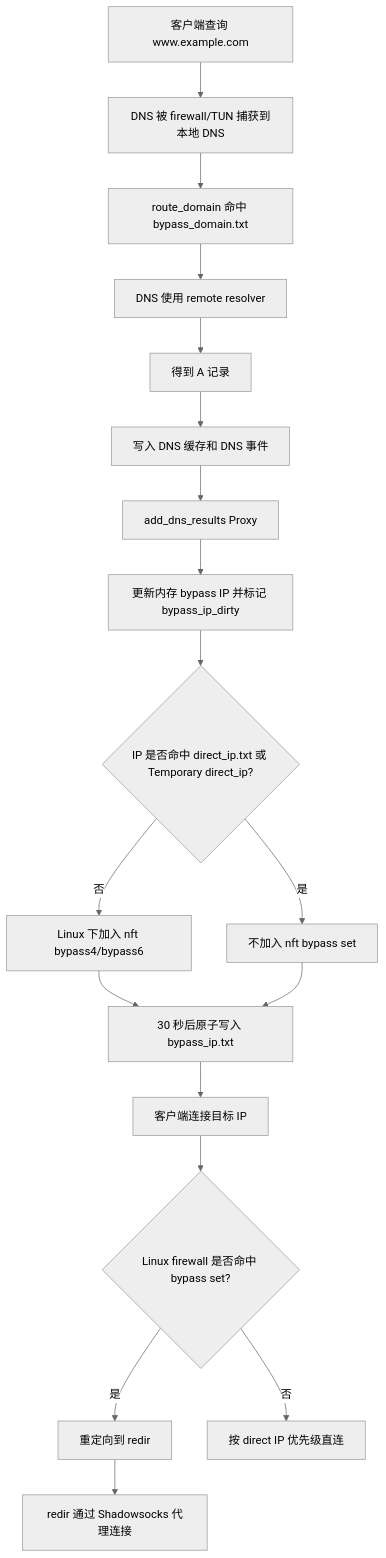
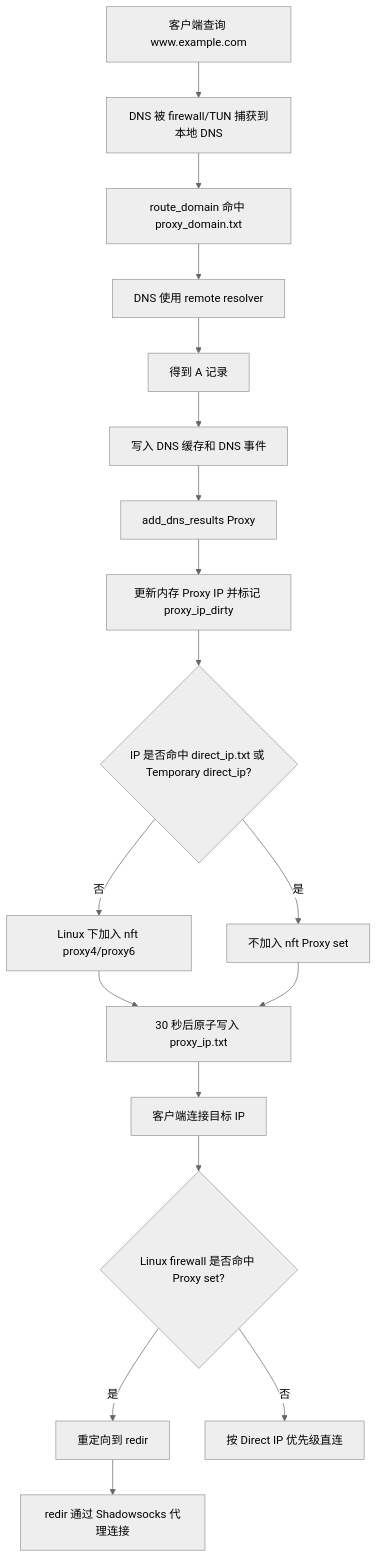
Before and after one commit to xiedeacc/shadowsocks-rust: the tenth of 14 diagrams in routing.md, drawn with Mermaid (neutral theme). The commit also changed other lines of this file and 3 other files, not shown here.

````diff
--- a/routing.md
+++ b/routing.md
@@ -836,20 +1064,20 @@
 ```mermaid
 flowchart TD
     A[客户端查询 www.example.com] --> B[DNS 被 firewall/TUN 捕获到本地 DNS]
-    B --> C[route_domain 命中 bypass_domain.txt]
+    B --> C[route_domain 命中 proxy_domain.txt]
     C --> D[DNS 使用 remote resolver]
     D --> E[得到 A 记录]
     E --> F[写入 DNS 缓存和 DNS 事件]
     F --> G[add_dns_results Proxy]
-    G --> H[更新内存 bypass IP 并标记 bypass_ip_dirty]
+    G --> H[更新内存 Proxy IP 并标记 proxy_ip_dirty]
     H --> I{IP 是否命中 direct_ip.txt 或 Temporary direct_ip?}
-    I -- 否 --> J[Linux 下加入 nft bypass4/bypass6]
-    I -- 是 --> K[不加入 nft bypass set]
-    J --> L[30 秒后原子写入 bypass_ip.txt]
+    I -- 否 --> J[Linux 下加入 nft proxy4/proxy6]
+    I -- 是 --> K[不加入 nft Proxy set]
+    J --> L[30 秒后原子写入 proxy_ip.txt]
     K --> L
     L --> M[客户端连接目标 IP]
-    M --> N{Linux firewall 是否命中 bypass set?}
+    M --> N{Linux firewall 是否命中 Proxy set?}
     N -- 是 --> O[重定向到 redir]
     O --> P[redir 通过 Shadowsocks 代理连接]
-    N -- 否 --> Q[按 direct IP 优先级直连]
+    N -- 否 --> Q[按 Direct IP 优先级直连]
 ```
````
